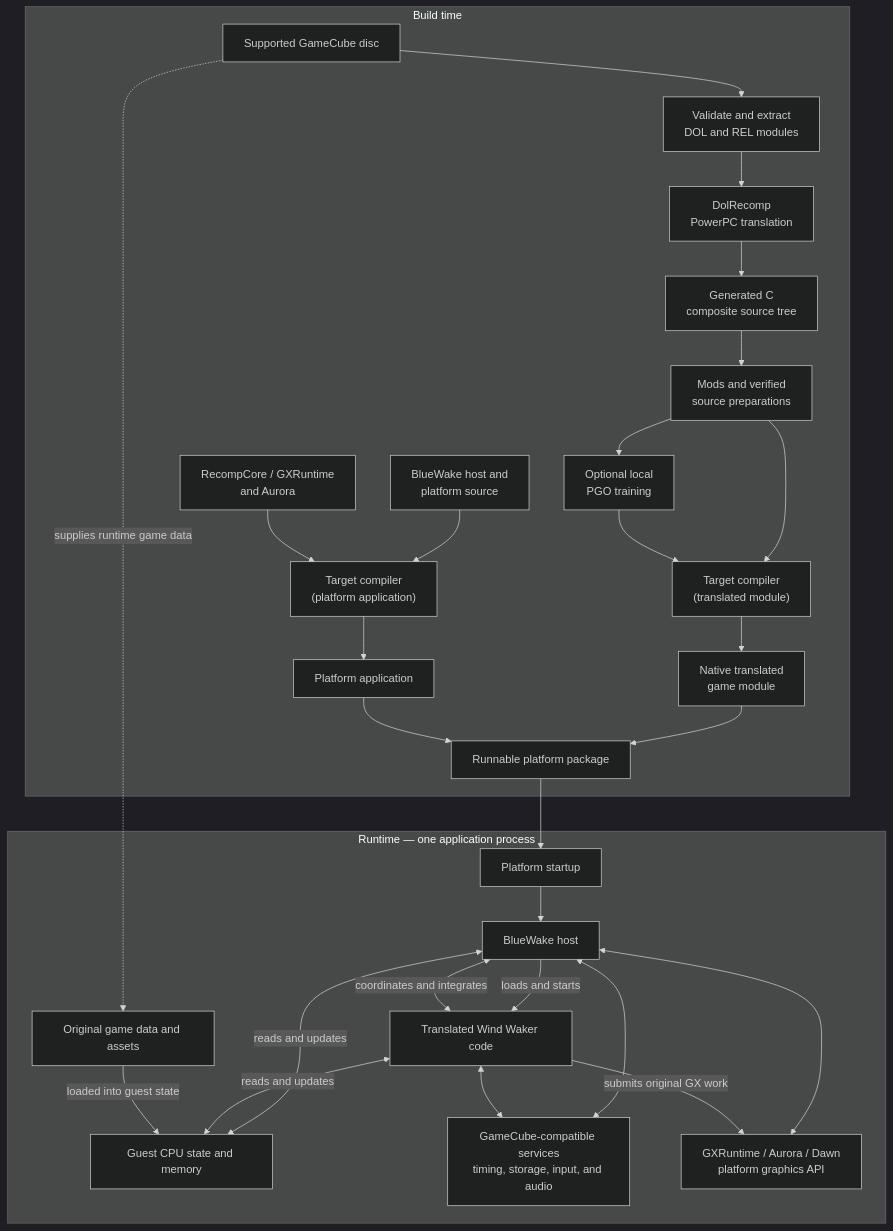
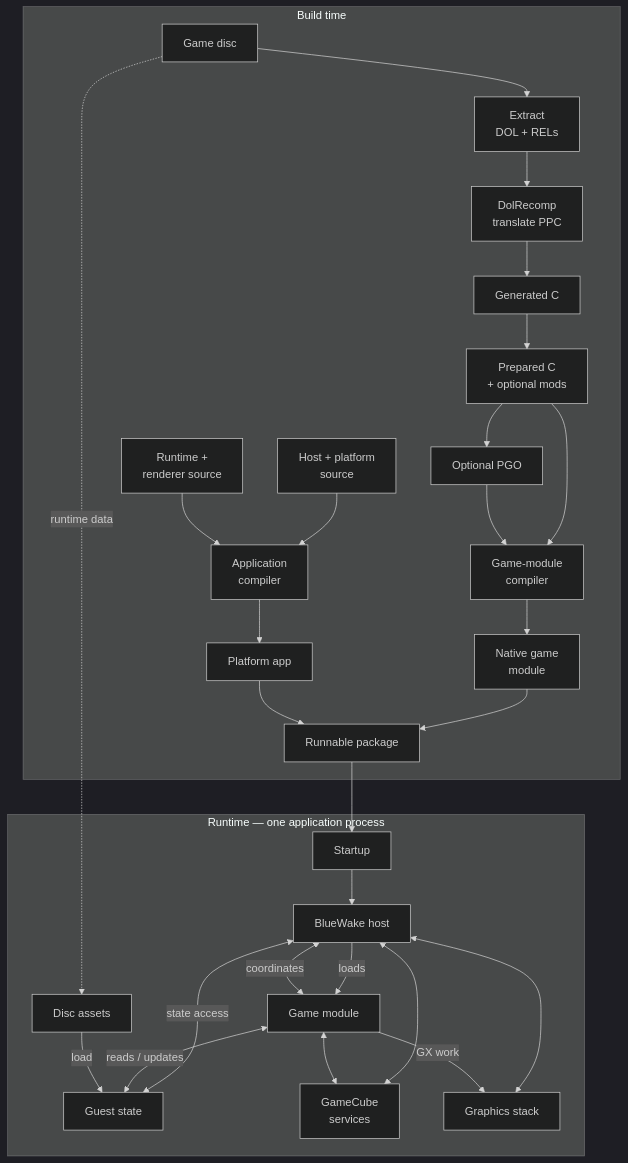
The diagram in docs/architecture/Overview.md (Aelbannan/boat_of_daphnes), drawn with Mermaid (dark theme) before and after one commit. The commit also changed 6 other files, not shown here.

Commit message:
docs: prevent runtime diagram truncation

````diff
--- a/docs/architecture/Overview.md
+++ b/docs/architecture/Overview.md
@@ -44,50 +44,50 @@
 ```mermaid
 flowchart TD
     subgraph Build["Build time"]
-        Disc["Supported GameCube disc"]
-        Extract["Validate and extract<br/>DOL and REL modules"]
-        Translator["DolRecomp<br/>PowerPC translation"]
-        Generated["Generated C<br/>composite source tree"]
-        Prepared["Mods and verified<br/>source preparations"]
-        Training["Optional local<br/>PGO training"]
-        HostSource["BlueWake host and<br/>platform source"]
-        RuntimeSource["RecompCore / GXRuntime<br/>and Aurora"]
-        GameCompiler["Target compiler<br/>(translated module)"]
-        AppCompiler["Target compiler<br/>(platform application)"]
-        GameModule["Native translated<br/>game module"]
-        Executable["Platform application"]
-        Package["Runnable platform package"]
+        Disc["Game disc"]
+        Extract["Extract<br/>DOL + RELs"]
+        Translator["DolRecomp<br/>translate PPC"]
+        Generated["Generated C"]
+        Prepared["Prepared C<br/>+ optional mods"]
+        Training["Optional PGO"]
+        HostSource["Host + platform<br/>source"]
+        RuntimeSource["Runtime +<br/>renderer source"]
+        GameCompiler["Game-module<br/>compiler"]
+        AppCompiler["Application<br/>compiler"]
+        GameModule["Native game<br/>module"]
+        Executable["Platform app"]
+        Package["Runnable package"]
 
         Disc --> Extract --> Translator --> Generated --> Prepared --> GameCompiler --> GameModule
         Prepared --> Training --> GameCompiler
         HostSource --> AppCompiler
         RuntimeSource --> AppCompiler
         AppCompiler --> Executable
         GameModule --> Package
         Executable --> Package
     end
 
     subgraph Runtime["Runtime — one application process"]
-        Startup["Platform startup"]
+        Startup["Startup"]
         Host["BlueWake host"]
-        Game["Translated Wind Waker code"]
-        Guest["Guest CPU state and memory"]
-        Services["GameCube-compatible services<br/>timing, storage, input, and audio"]
-        Graphics["GXRuntime / Aurora / Dawn<br/>platform graphics API"]
-        Assets["Original game data and assets"]
+        Game["Game module"]
+        Guest["Guest state"]
+        Services["GameCube<br/>services"]
+        Graphics["Graphics stack"]
+        Assets["Disc assets"]
 
         Startup --> Host
-        Host -->|"loads and starts"| Game
-        Host <-->|"coordinates and integrates"| Game
-        Host <-->|"reads and updates"| Guest
-        Game <-->|"reads and updates"| Guest
+        Host -->|"loads"| Game
+        Host <-->|"coordinates"| Game
+        Host <-->|"state access"| Guest
+        Game <-->|"reads / updates"| Guest
         Host <--> Services
         Game <--> Services
         Host <--> Graphics
-        Game -->|"submits original GX work"| Graphics
-        Assets -->|"loaded into guest state"| Guest
+        Game -->|"GX work"| Graphics
+        Assets -->|"load"| Guest
     end
 
     Package --> Startup
-    Disc -. "supplies runtime game data" .-> Assets
+    Disc -. "runtime data" .-> Assets
 ```
````
